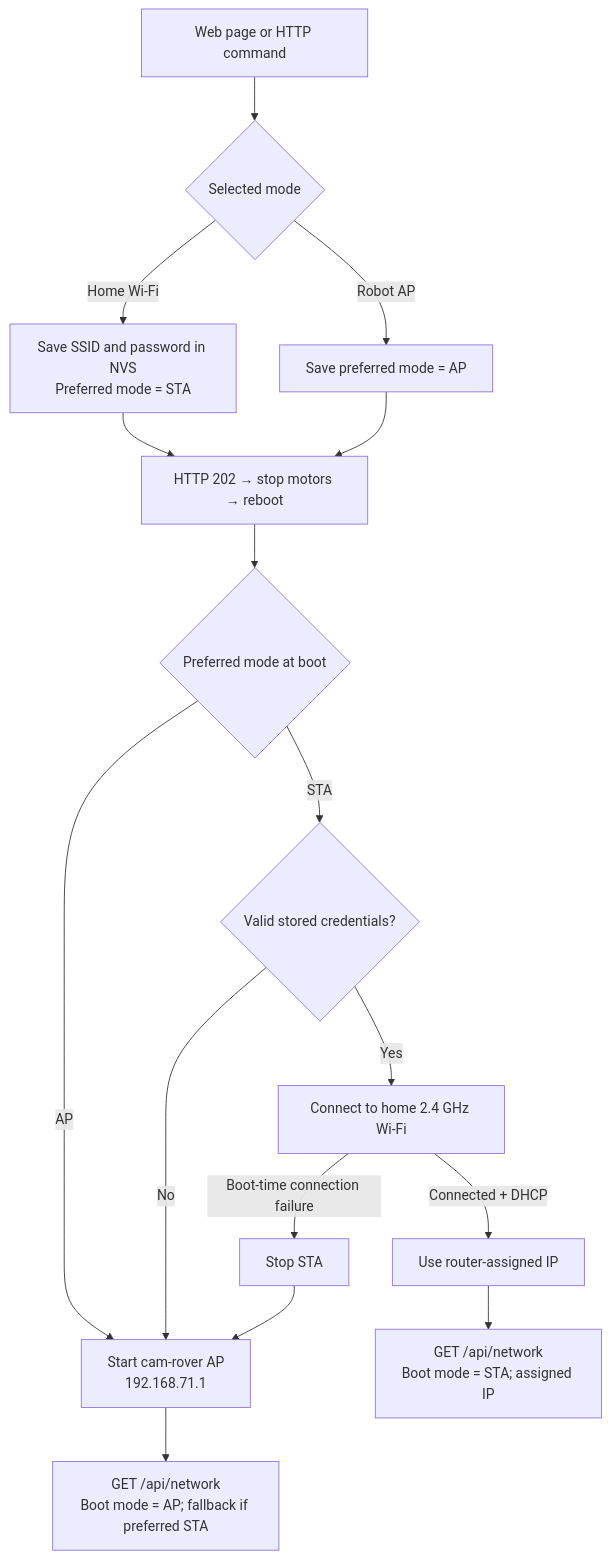
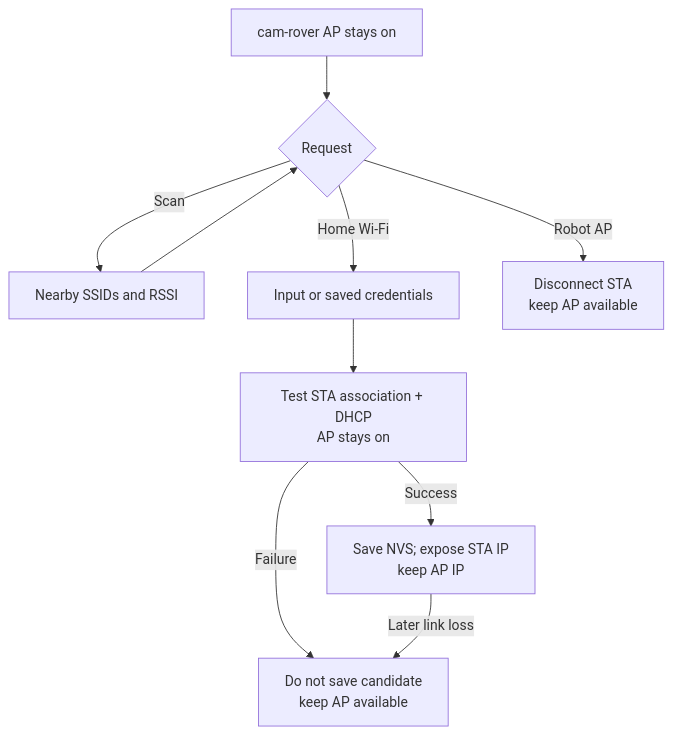
Before and after one commit to Parkwochang/cam-rover-esp32: the third of 3 diagrams in README.md, drawn with Mermaid. The commit also changed other lines of this file and 3 other files, not shown here.

Commit message:
docs: explain AP plus STA validation and fallback

````diff
--- a/README.md
+++ b/README.md
@@ -158,18 +160,12 @@
 ```mermaid
 flowchart TD
-    A["Web page or HTTP command"] --> B{"Selected mode"}
-    B -->|"Home Wi-Fi"| C["Save SSID and password in NVS<br/>Preferred mode = STA"]
-    B -->|"Robot AP"| D["Save preferred mode = AP"]
-    C --> E["HTTP 202 → stop motors → reboot"]
-    D --> E
-    E --> F{"Preferred mode at boot"}
-    F -->|"AP"| G["Start cam-rover AP<br/>192.168.71.1"]
-    F -->|"STA"| H{"Valid stored credentials?"}
-    H -->|"No"| G
-    H -->|"Yes"| I["Connect to home 2.4 GHz Wi-Fi"]
-    I -->|"Connected + DHCP"| J["Use router-assigned IP"]
-    I -->|"Boot-time connection failure"| K["Stop STA"]
-    K --> G
-    G --> L["GET /api/network<br/>Boot mode = AP; fallback if preferred STA"]
-    J --> M["GET /api/network<br/>Boot mode = STA; assigned IP"]
+    A["cam-rover AP stays on"] --> B{"Request"}
+    B -->|"Scan"| C["Nearby SSIDs and RSSI"]
+    C --> B
+    B -->|"Home Wi-Fi"| D["Input or saved credentials"]
+    D --> E["Test STA association + DHCP<br/>AP stays on"]
+    E -->|"Success"| F["Save NVS; expose STA IP<br/>keep AP IP"]
+    E -->|"Failure"| G["Do not save candidate<br/>keep AP available"]
+    F -->|"Later link loss"| G
+    B -->|"Robot AP"| H["Disconnect STA<br/>keep AP available"]
 ```
````
